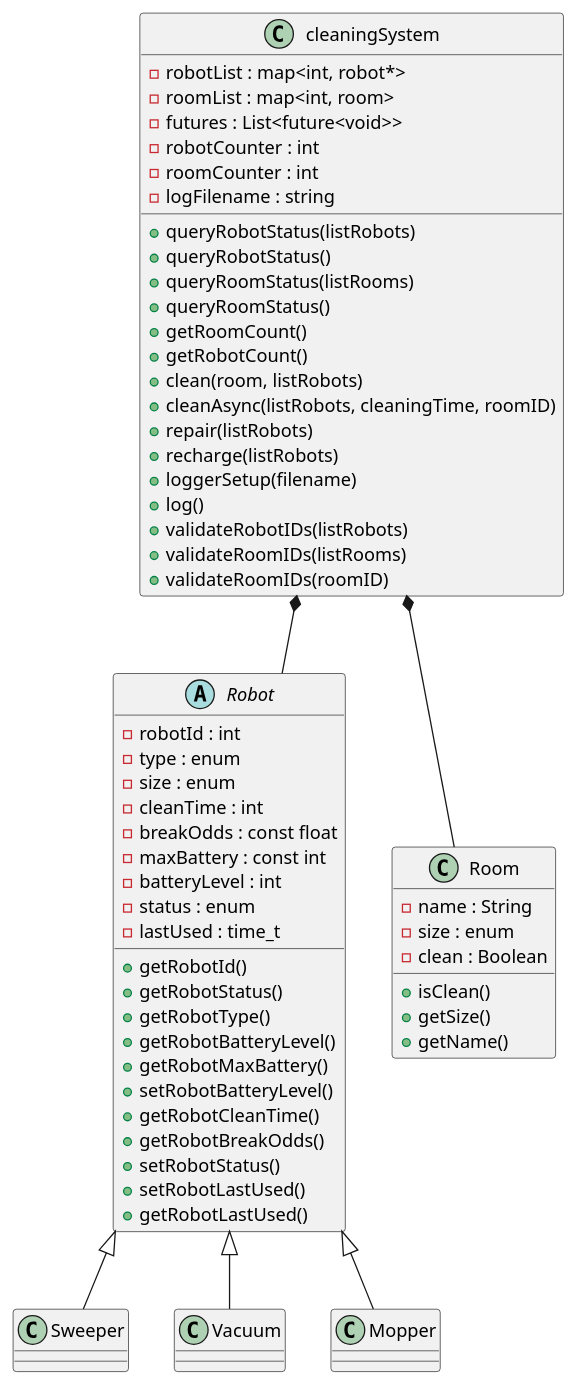
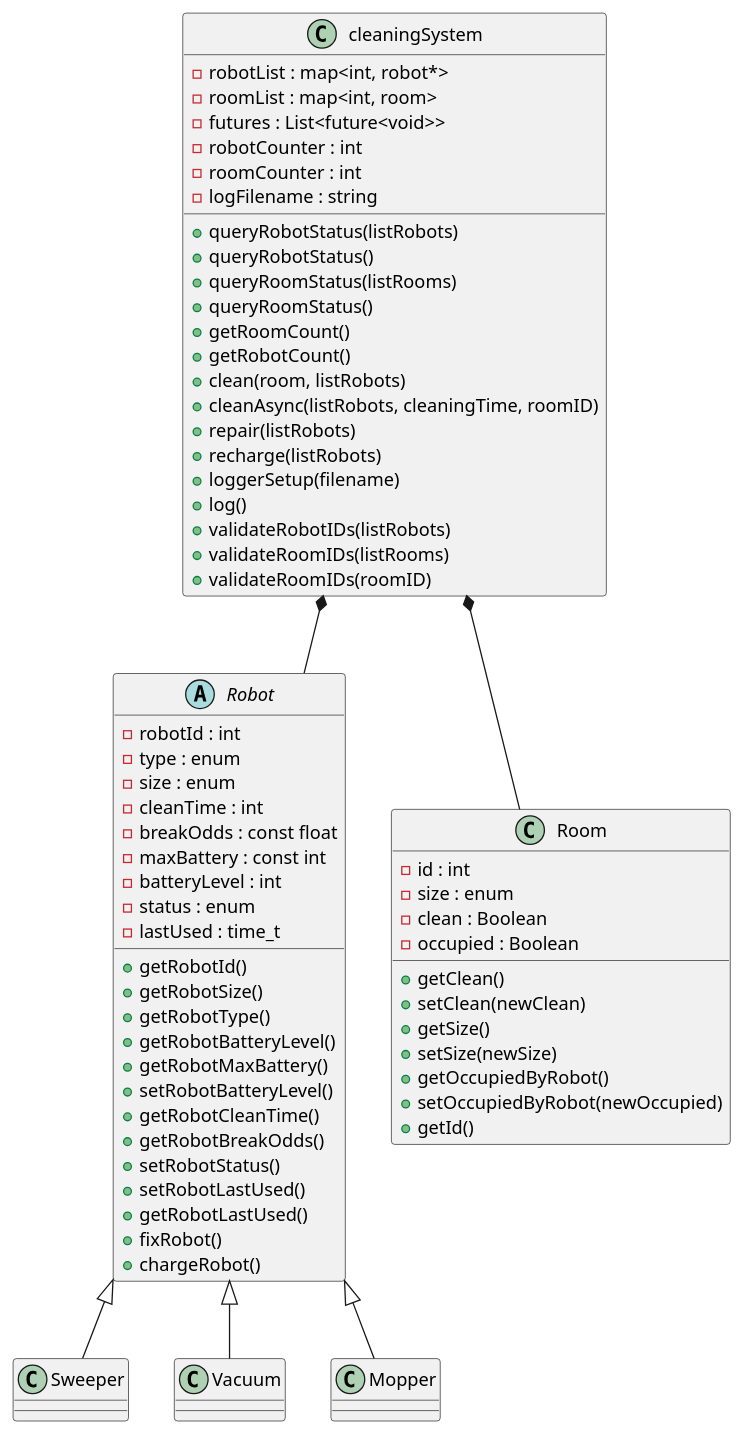
Before and after one commit to arisk02/robot-fleet-management-system: the diagram in docs/design/class_diagram/class_diagram.puml, drawn with PlantUML. The commit also changed 2 other files, not shown here.

Commit message:
finalized class diagram and added to design.md

```diff
--- a/docs/design/class_diagram/class_diagram.puml
+++ b/docs/design/class_diagram/class_diagram.puml
@@ -1,66 +1,73 @@
 @startuml
 Class cleaningSystem{
     -robotList : map<int, robot*>
     -roomList : map<int, room>
     -futures : List<future<void>>
     -robotCounter : int
     -roomCounter : int
     -logFilename : string
 
     +queryRobotStatus(listRobots)
     +queryRobotStatus()
     +queryRoomStatus(listRooms)
     +queryRoomStatus()
     +getRoomCount()
     +getRobotCount()
     +clean(room, listRobots)
     +cleanAsync(listRobots, cleaningTime, roomID)
     +repair(listRobots)
     +recharge(listRobots)
     +loggerSetup(filename)
     +log()
     +validateRobotIDs(listRobots)
     +validateRoomIDs(listRooms)
     +validateRoomIDs(roomID)
 
 }
 Abstract class Robot{
     -robotId : int
     -type : enum
     -size : enum
     -cleanTime : int
     -breakOdds : const float
     -maxBattery : const int
     -batteryLevel : int
     -status : enum
     -lastUsed : time_t
     +getRobotId()
-    +getRobotStatus()
+    +getRobotSize()
     +getRobotType()
     +getRobotBatteryLevel()
     +getRobotMaxBattery()
     +setRobotBatteryLevel()
     +getRobotCleanTime()
     +getRobotBreakOdds()
     +setRobotStatus()
     +setRobotLastUsed()
     +getRobotLastUsed()
+    +fixRobot()
+    +chargeRobot()
 }
 class Sweeper
 class Vacuum
 class Mopper
 class Room{
-    -name : String
+    -id : int
     -size : enum
     -clean : Boolean
-    +isClean()
+    -occupied : Boolean
+    +getClean()
+    +setClean(newClean)
     +getSize()
-    +getName()
+    +setSize(newSize)
+    +getOccupiedByRobot()
+    +setOccupiedByRobot(newOccupied)
+    +getId()
 }
 cleaningSystem *-- Robot
 Robot <|-- Sweeper
 Robot <|-- Vacuum
 Robot <|-- Mopper
 cleaningSystem *-- Room
 
 @enduml
```
